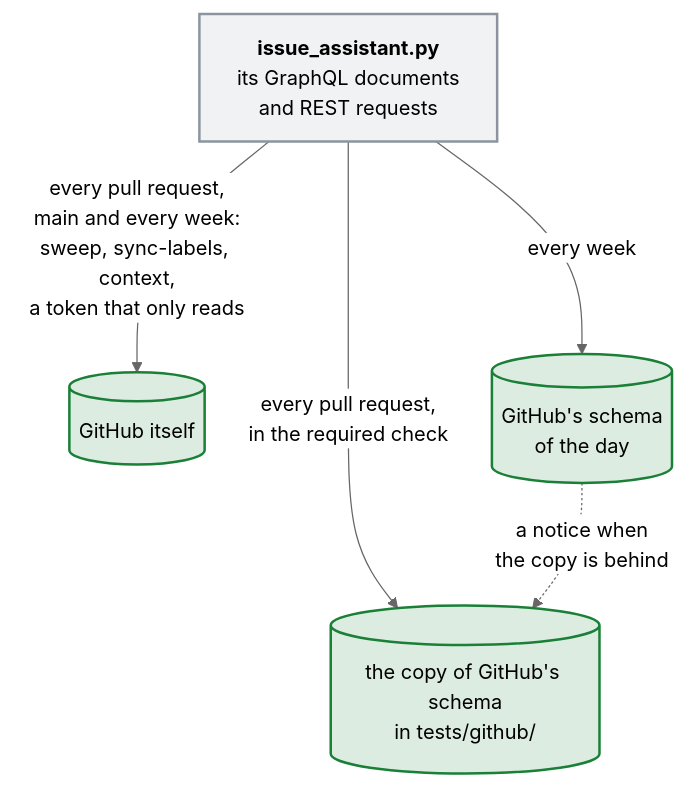
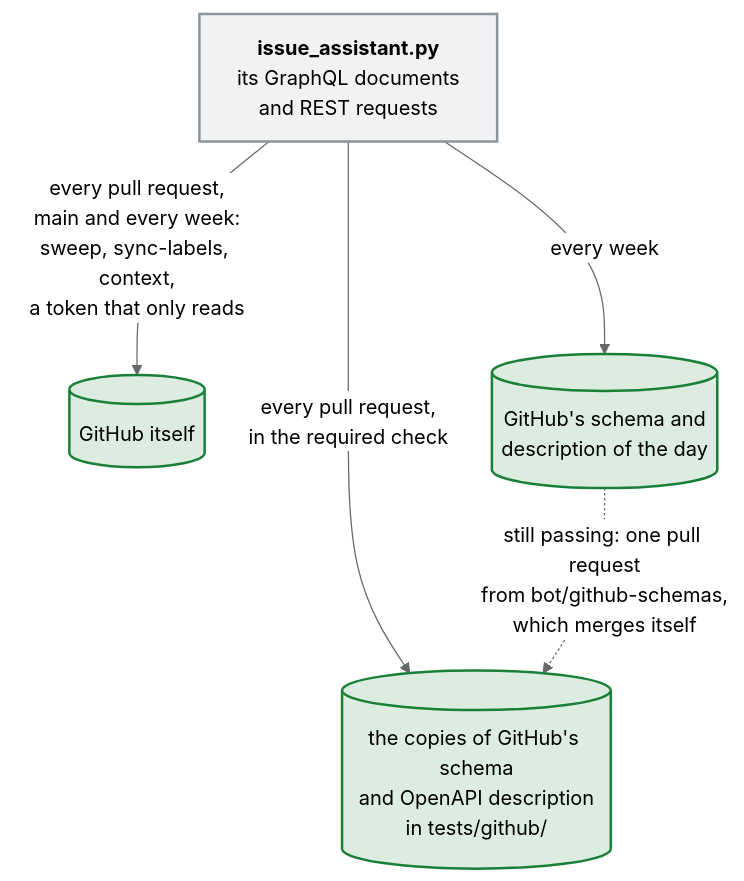
The diagram in docs/diagrams/three-checks-of-the-requests-to-github.mmd (Dennis-Otto/issue-assistant), drawn with Mermaid (neutral theme) before and after one commit. The commit also changed 21 other files, not shown here.

First line of the commit message:
test: pin GitHub's REST API version, check the REST requests against GitHub's OpenAPI description, and refresh both copies by bot (#238)

```diff
--- a/docs/diagrams/three-checks-of-the-requests-to-github.mmd
+++ b/docs/diagrams/three-checks-of-the-requests-to-github.mmd
@@ -1,15 +1,15 @@
 flowchart TB
   accTitle: Three checks of the requests to GitHub
-  accDescr: The GraphQL documents of issue_assistant.py meet a copy of GitHub's schema in the required check of every pull request. The commands sweep, sync-labels and context run against GitHub itself with a token that can only read, on every pull request, on main and every week. Every week the documents also meet the schema that GitHub publishes that day, and a notice says when the copy is behind it.
+  accDescr: The GraphQL documents and the REST requests of issue_assistant.py, each with the version of GitHub's API, meet the copies of GitHub's schema and OpenAPI description in the required check of every pull request. The commands sweep, sync-labels and context run against GitHub itself with a token that can only read, on every pull request, on main and every week. Every week the requests also meet the schema and the description that GitHub publishes that day. When those differ from the copies and the requests still pass, one pull request from bot/github-schemas refreshes the copies and merges itself.
   script["`**issue_assistant.py**<br>its GraphQL documents<br>and REST requests`"]
-  copy[("the copy of GitHub's schema<br>in tests/github/")]
+  copy[("the copies of GitHub's schema<br>and OpenAPI description<br>in tests/github/")]
   github[("GitHub itself")]
-  today[("GitHub's schema<br>of the day")]
+  today[("GitHub's schema and<br>description of the day")]
   script -- "every pull request,<br>in the required check" --> copy
   script -- "every pull request,<br>main and every week:<br>sweep, sync-labels, context,<br>a token that only reads" --> github
   script -- "every week" --> today
-  today -. "a notice when<br>the copy is behind" .-> copy
+  today -. "still passing: one pull request<br>from bot/github-schemas,<br>which merges itself" .-> copy
   classDef code fill:#8c959f1f,stroke:#8c959f,stroke-width:2px
   classDef safe fill:#1a7f3726,stroke:#1a7f37,stroke-width:2px
   class script code
   class copy,github,today safe
```
